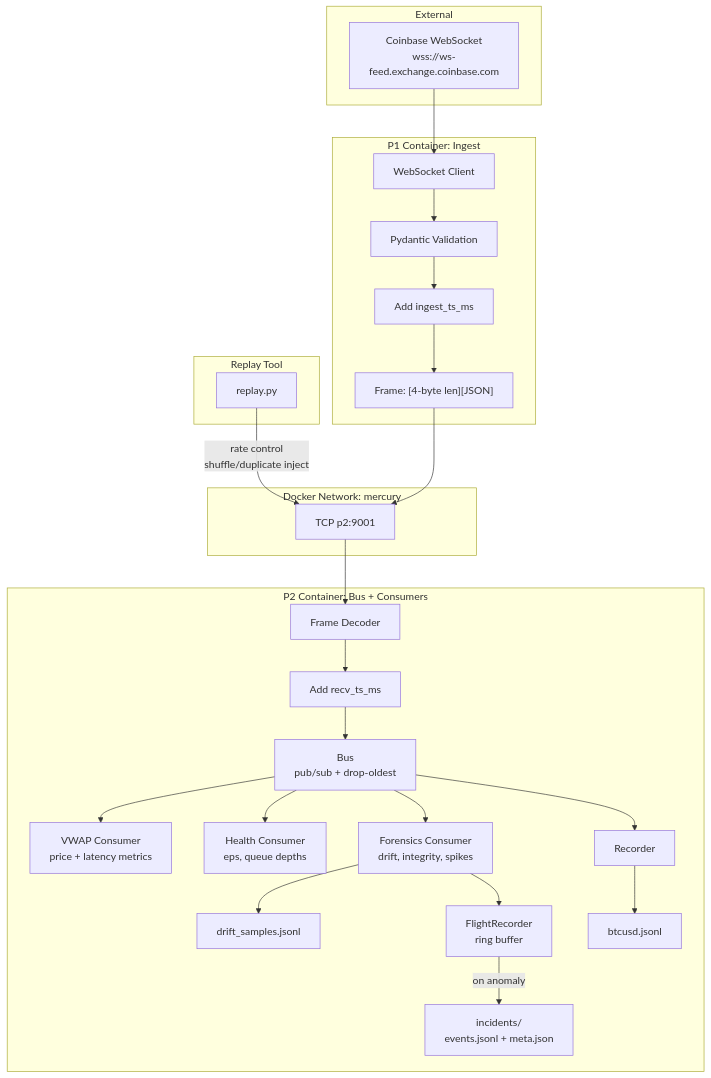
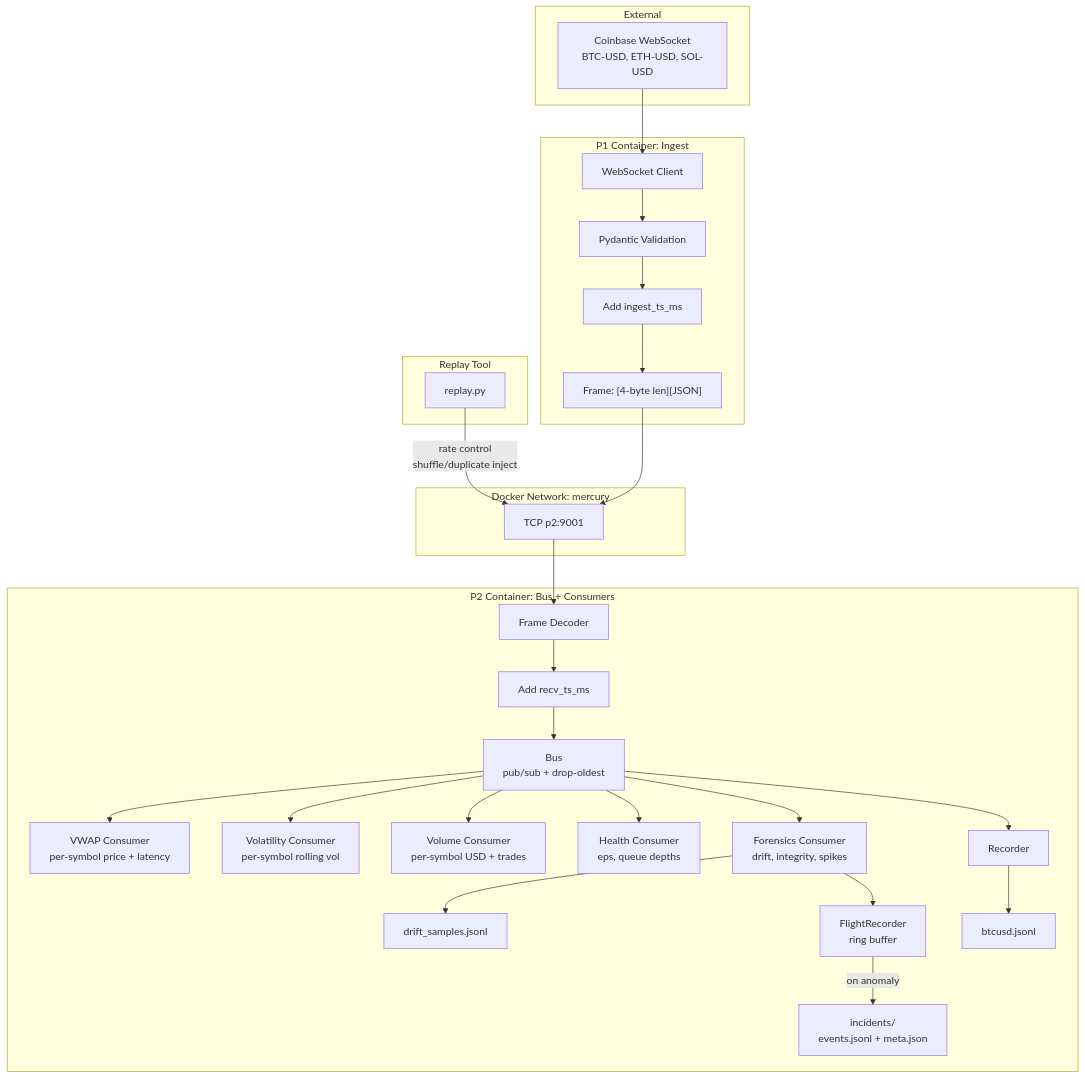
Before and after one commit to tanayshah11/mercury-stream: the diagram in README.md, drawn with Mermaid. The commit also changed other lines of this file and 24 other files, not shown here.

Commit message:
Prometheus + Grafana Support. New Features: - Added Incident (schema drift, out-of-order, shuffled events, etc.) anomaly detection and replay - Added Stress test feature to open multiple (simulation) feeders to the single processor.

````diff
--- a/README.md
+++ b/README.md
@@ -17,38 +25,40 @@
 ```mermaid
 flowchart TB
     subgraph External
-        CB["Coinbase WebSocket<br/>wss://ws-feed.exchange.coinbase.com"]
+        CB["Coinbase WebSocket<br/>BTC-USD, ETH-USD, SOL-USD"]
     end
 
     subgraph P1["P1 Container: Ingest"]
         WS["WebSocket Client"] --> VAL["Pydantic Validation"]
         VAL --> TS1["Add ingest_ts_ms"]
         TS1 --> FRAME["Frame: [4-byte len][JSON]"]
     end
 
     subgraph Network["Docker Network: mercury"]
         TCP["TCP p2:9001"]
     end
 
     subgraph P2["P2 Container: Bus + Consumers"]
         DEC["Frame Decoder"] --> TS2["Add recv_ts_ms"]
         TS2 --> BUS["Bus<br/>pub/sub + drop-oldest"]
 
-        BUS --> VWAP["VWAP Consumer<br/>price + latency metrics"]
+        BUS --> VWAP["VWAP Consumer<br/>per-symbol price + latency"]
+        BUS --> VOL["Volatility Consumer<br/>per-symbol rolling vol"]
+        BUS --> VOLUME["Volume Consumer<br/>per-symbol USD + trades"]
         BUS --> HEALTH["Health Consumer<br/>eps, queue depths"]
         BUS --> FORENSICS["Forensics Consumer<br/>drift, integrity, spikes"]
         BUS --> REC["Recorder"]
 
         FORENSICS --> DRIFT["drift_samples.jsonl"]
         FORENSICS --> FLIGHT["FlightRecorder<br/>ring buffer"]
         FLIGHT --> |"on anomaly"| INCIDENTS["incidents/<br/>events.jsonl + meta.json"]
         REC --> FILE["btcusd.jsonl"]
     end
 
     subgraph Replay["Replay Tool"]
         RPLAY["replay.py"] --> |"rate control<br/>shuffle/duplicate inject"| TCP
     end
 
     CB --> WS
     FRAME --> TCP --> DEC
 ```
````
